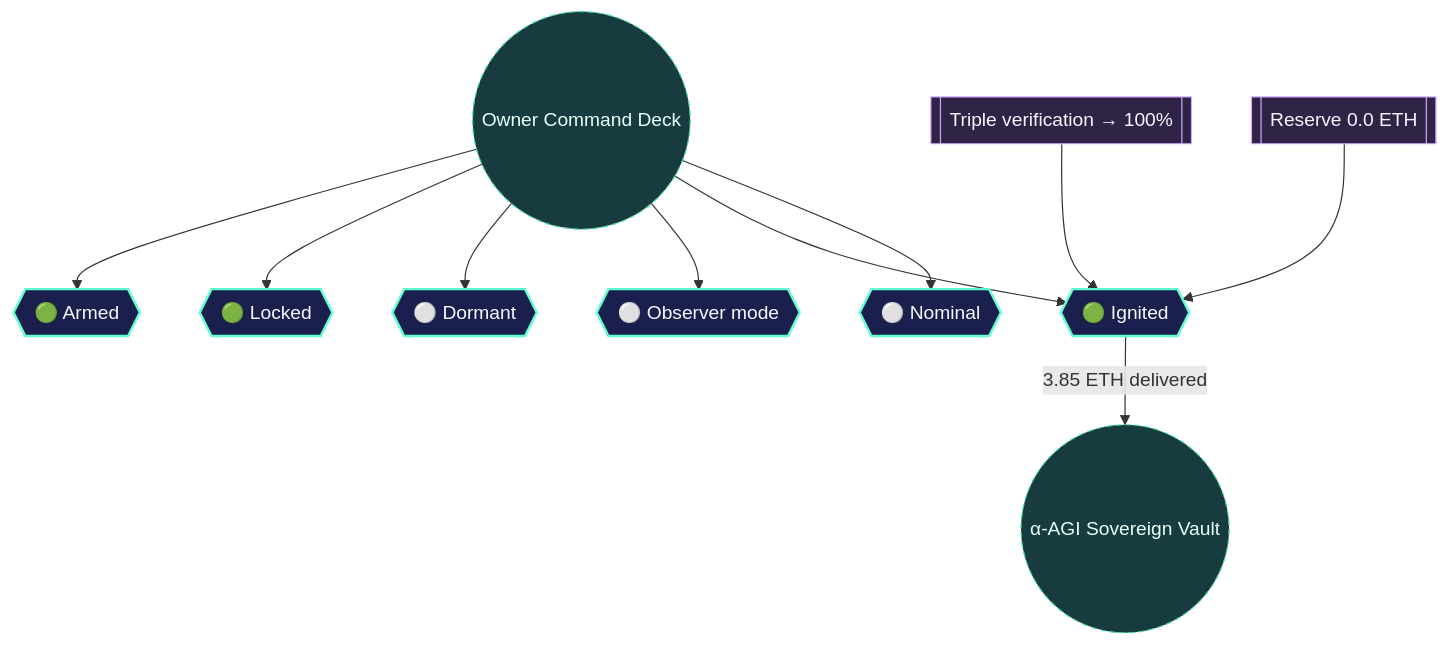
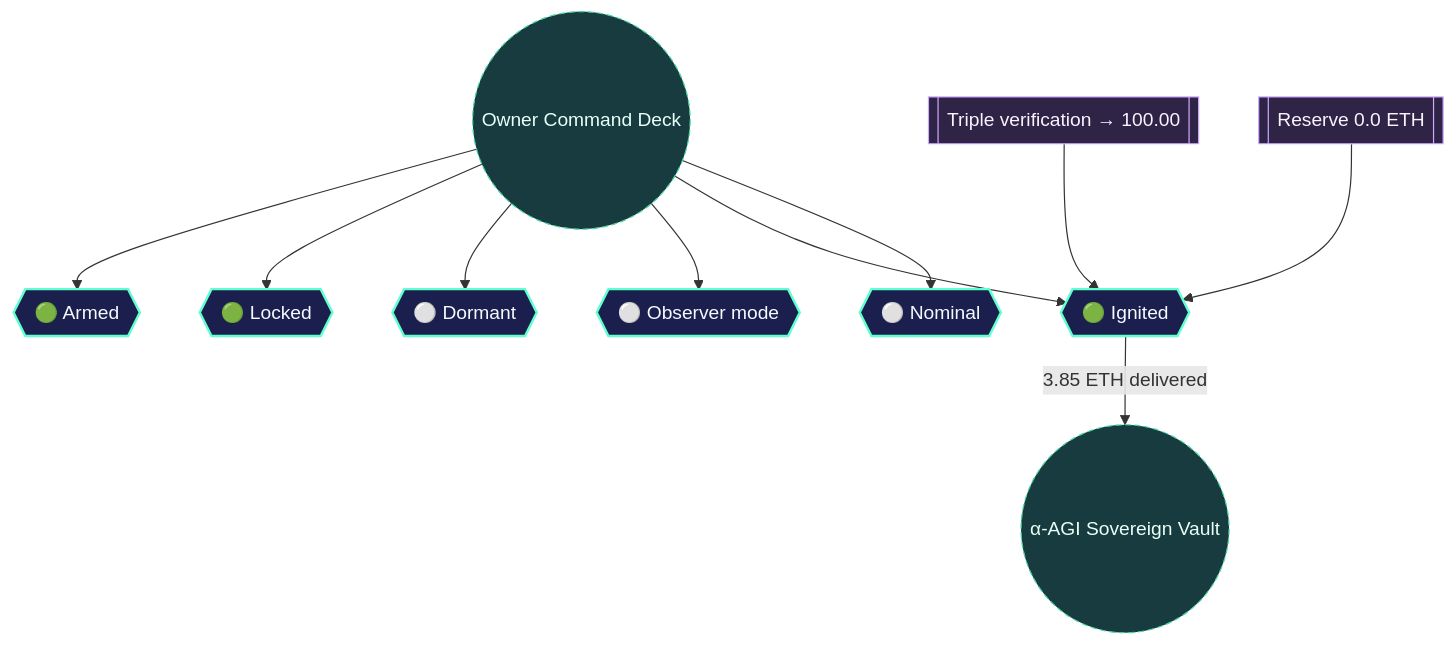
Before and after one commit to MontrealAI/AGIJobsv0: the second of 2 diagrams in demo/alpha-agi-mark/reports/alpha-mark-risk-lattice.md, drawn with Mermaid. The commit also changed other lines of this file and 10 other files, not shown here.

````diff
--- a/demo/alpha-agi-mark/reports/alpha-mark-risk-lattice.md
+++ b/demo/alpha-agi-mark/reports/alpha-mark-risk-lattice.md
@@ -41,16 +41,16 @@
 ```mermaid
 flowchart TD
   classDef control fill:#1a1f4d,stroke:#60ffcf,color:#f6faff,stroke-width:2px;
   classDef signal fill:#173b3f,stroke:#42d7a1,color:#e9fff8,stroke-dasharray: 5 3;
   classDef assurance fill:#2f2445,stroke:#cfa9ff,color:#f8f4ff;
 
   Operator((Owner Command Deck)):::signal --> Pause{{🟢 Armed}}:::control
   Operator --> Whitelist{{🟢 Locked}}:::control
   Operator --> Exit{{⚪ Dormant}}:::control
   Operator --> Override{{⚪ Observer mode}}:::control
   Operator --> Sovereign{{🟢 Ignited}}:::control
   Operator --> Abort{{⚪ Nominal}}:::control
-  VerificationMatrix[[Triple verification → 100%]]:::assurance --> Sovereign
+  VerificationMatrix[[Triple verification → 100.00]]:::assurance --> Sovereign
   ReservePower[[Reserve 0.0 ETH]]:::assurance --> Sovereign
   Sovereign -->|3.85 ETH delivered| Vault((α-AGI Sovereign Vault)):::signal
 ```
````
